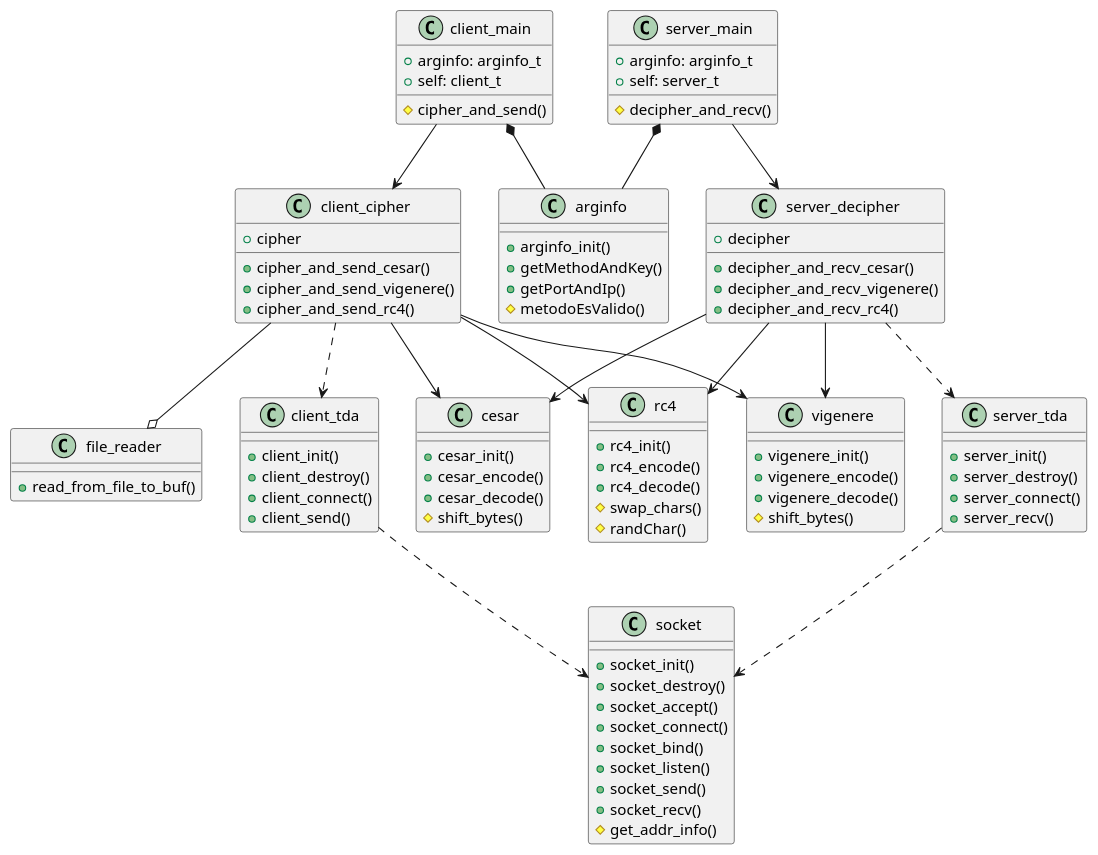
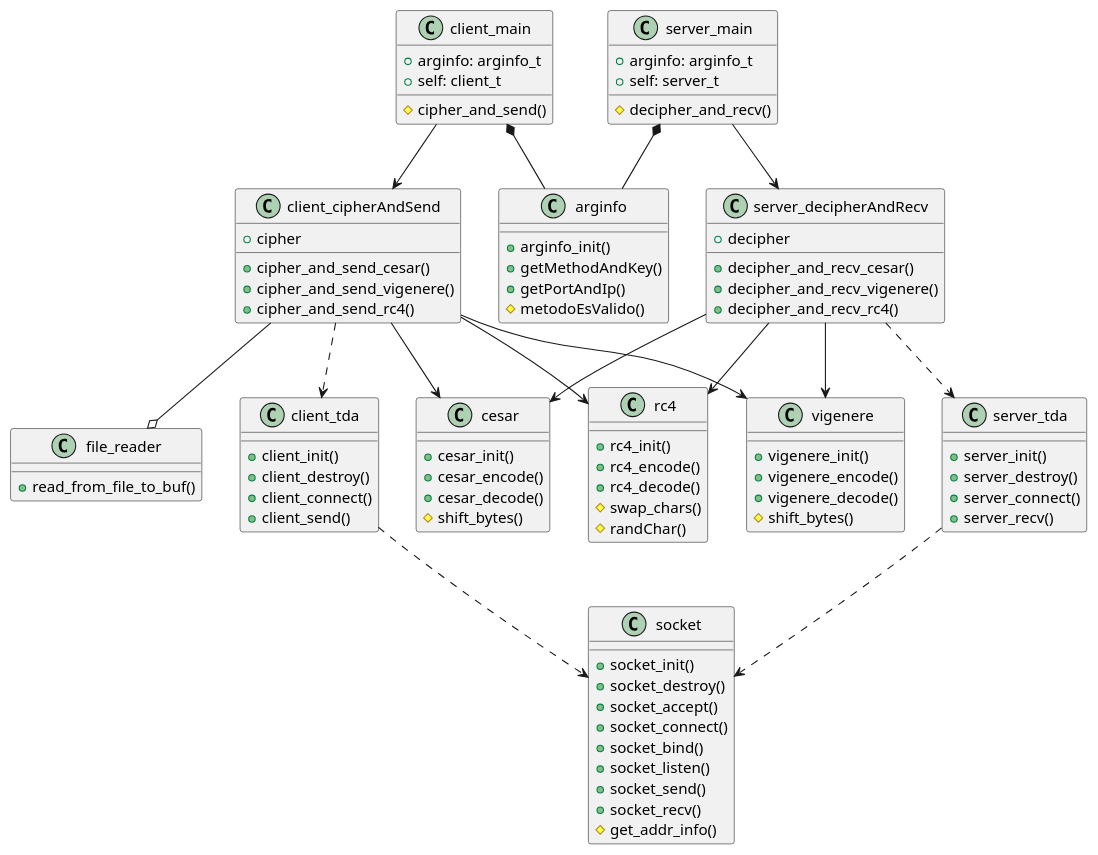
One commit to Jonathan-R0/TP1-9508 changed the diagram in diags/classdiag.plantuml. Above: the diagram before and after it, drawn with PlantUML. The commit also changed 14 other files, not shown here.

```diff
--- a/diags/classdiag.plantuml
+++ b/diags/classdiag.plantuml
@@ -1,106 +1,106 @@
 @startuml
 	
 class client_main{
 	+arginfo: arginfo_t
 	+self: client_t
 	#cipher_and_send()
 }
 	
 class server_main{
 	+arginfo: arginfo_t
 	+self: server_t
 	#decipher_and_recv()
 }
 	
-class client_cipher{
+class client_cipherAndSend{
 	+cipher
 	+cipher_and_send_cesar()
 	+cipher_and_send_vigenere()
 	+cipher_and_send_rc4()
 }
 	
-class server_decipher{
+class server_decipherAndRecv{
 	+decipher
 	+decipher_and_recv_cesar()
 	+decipher_and_recv_vigenere()
 	+decipher_and_recv_rc4()
 }
 	
 class arginfo{
 	+arginfo_init()
 	+getMethodAndKey()
 	+getPortAndIp()
 	#metodoEsValido()
 }
 	
 class socket{
 	+socket_init()
 	+socket_destroy()
 	+socket_accept()
 	+socket_connect()
 	+socket_bind()
 	+socket_listen()
 	+socket_send()
 	+socket_recv()
 	#get_addr_info()
 }
 
 class file_reader{
 	+read_from_file_to_buf()
 }
 	
 class server_tda{
 	+server_init()
 	+server_destroy()
 	+server_connect()
 	+server_recv()
 }
 	
 class client_tda{
 	+client_init()
 	+client_destroy()
 	+client_connect()
 	+client_send()
 }
 	
 class cesar{
 	+cesar_init()
 	+cesar_encode()
 	+cesar_decode()
 	#shift_bytes()
 }
 	
 class rc4{
 	+rc4_init()
 	+rc4_encode()
 	+rc4_decode()
 	#swap_chars()
 	#randChar()
 }
 	
 class vigenere{
 	+vigenere_init()
 	+vigenere_encode()
 	+vigenere_decode()
 	#shift_bytes()
 }
 	
-client_main --> client_cipher
-client_cipher ..> client_tda
-server_main --> server_decipher
-server_decipher ..> server_tda
+client_main --> client_cipherAndSend
+client_cipherAndSend ..> client_tda
+server_main --> server_decipherAndRecv
+server_decipherAndRecv ..> server_tda
 client_main *-- arginfo
 server_main *-- arginfo
 
-client_cipher --> cesar
-client_cipher --> rc4
-client_cipher --> vigenere
-client_cipher --o file_reader
+client_cipherAndSend --> cesar
+client_cipherAndSend --> rc4
+client_cipherAndSend --> vigenere
+client_cipherAndSend --o file_reader
 
-server_decipher --> cesar
-server_decipher --> rc4
-server_decipher --> vigenere
+server_decipherAndRecv --> cesar
+server_decipherAndRecv --> rc4
+server_decipherAndRecv --> vigenere
 
 client_tda ..> socket
 server_tda ..> socket
 @enduml
```
